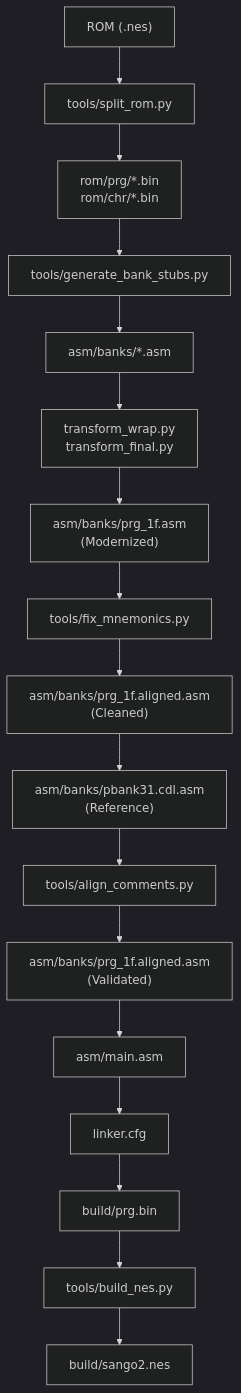
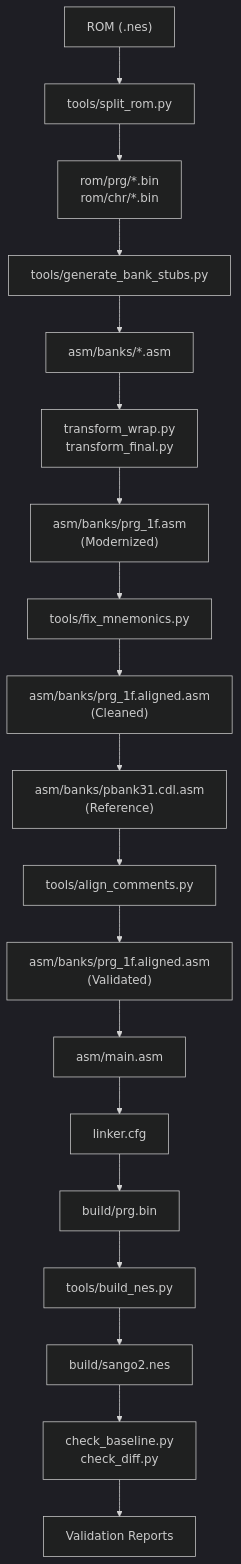
The first of 5 diagrams in .qoder/repowiki/en/content/Disassembly Workflow/Disassembly Workflow.md (rabbyzero/sango2dasm), drawn with Mermaid (dark theme) before and after one commit. The commit also changed other lines of this file and 15 other files, not shown here.

````diff
--- a/.qoder/repowiki/en/content/Disassembly Workflow/Disassembly Workflow.md
+++ b/.qoder/repowiki/en/content/Disassembly Workflow/Disassembly Workflow.md
@@ -76,19 +80,21 @@
 ```mermaid
 graph TB
 A["ROM (.nes)"] --> B["tools/split_rom.py"]
 B --> C["rom/prg/*.bin<br/>rom/chr/*.bin"]
 C --> D["tools/generate_bank_stubs.py"]
 D --> E["asm/banks/*.asm"]
 E --> F["transform_wrap.py<br/>transform_final.py"]
 F --> G["asm/banks/prg_1f.asm<br/>(Modernized)"]
 G --> H["tools/fix_mnemonics.py"]
 H --> I["asm/banks/prg_1f.aligned.asm<br/>(Cleaned)"]
 I --> J["asm/banks/pbank31.cdl.asm<br/>(Reference)"]
 J --> K["tools/align_comments.py"]
 K --> L["asm/banks/prg_1f.aligned.asm<br/>(Validated)"]
 L --> M["asm/main.asm"]
 M --> N["linker.cfg"]
 N --> O["build/prg.bin"]
 O --> P["tools/build_nes.py"]
 P --> Q["build/sango2.nes"]
+Q --> R["check_baseline.py<br/>check_diff.py"]
+R --> S["Validation Reports"]
 ```
````
